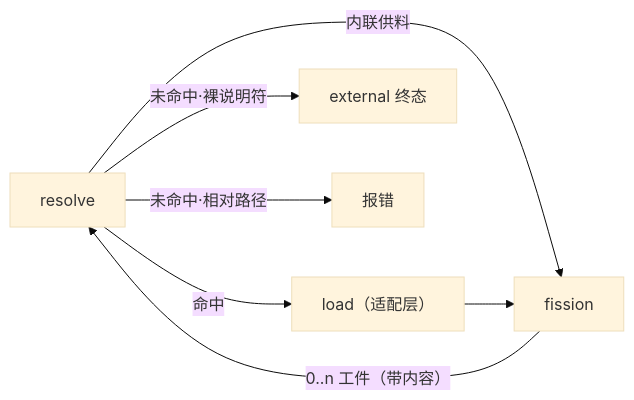
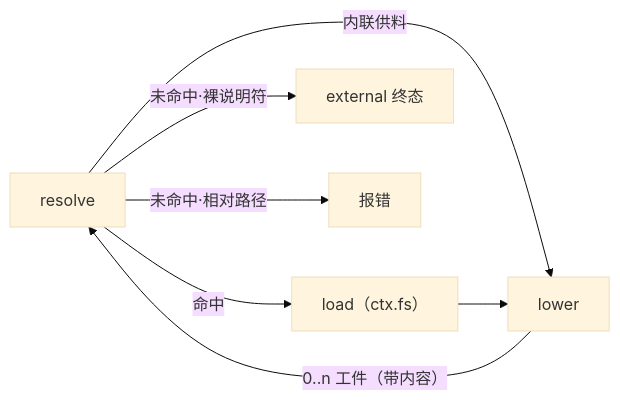
One commit to idealjs/stack changed the diagram in packages/stack/docs/protocol-v2.md. Above: the diagram before and after it, drawn with Mermaid (base theme). The commit also changed other lines of this file, not shown here.

````diff
--- a/packages/stack/docs/protocol-v2.md
+++ b/packages/stack/docs/protocol-v2.md
@@ -34,9 +54,9 @@
 ```mermaid
 flowchart LR
-    A["resolve"] -->|"命中"| L["load（适配层）"]
+    A["resolve"] -->|"命中"| L["load（ctx.fs）"]
     A -->|"内联供料"| F
     A -->|"未命中·裸说明符"| X["external 终态"]
     A -->|"未命中·相对路径"| E["报错"]
-    L --> F["fission"]
+    L --> F["lower"]
     F -->|"0..n 工件（带内容）"| A
 ```
````
